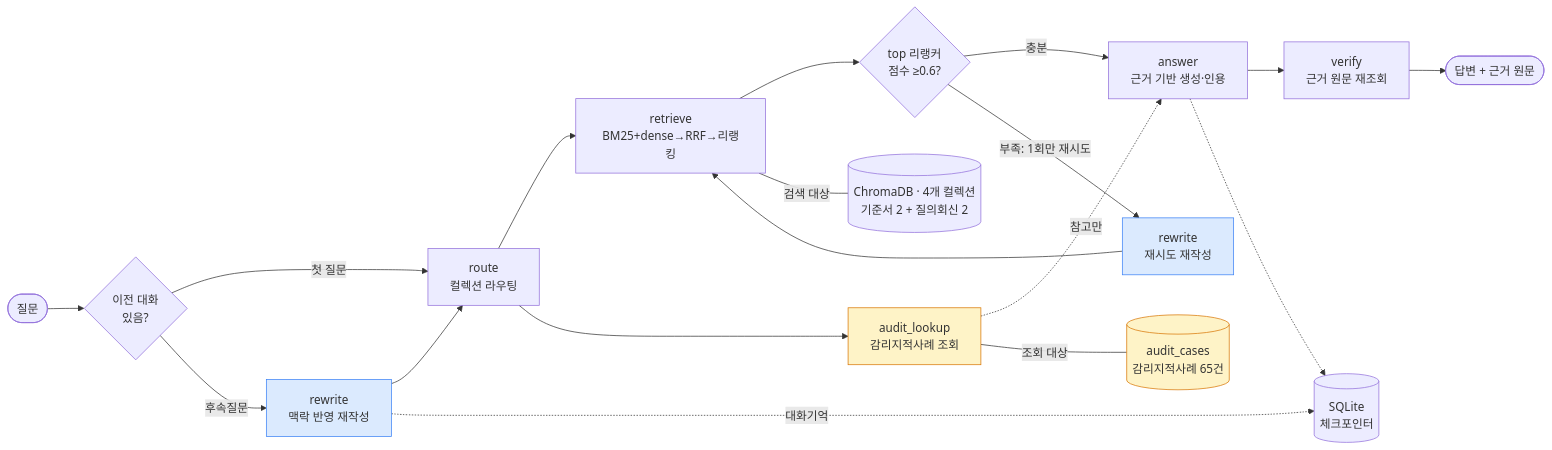
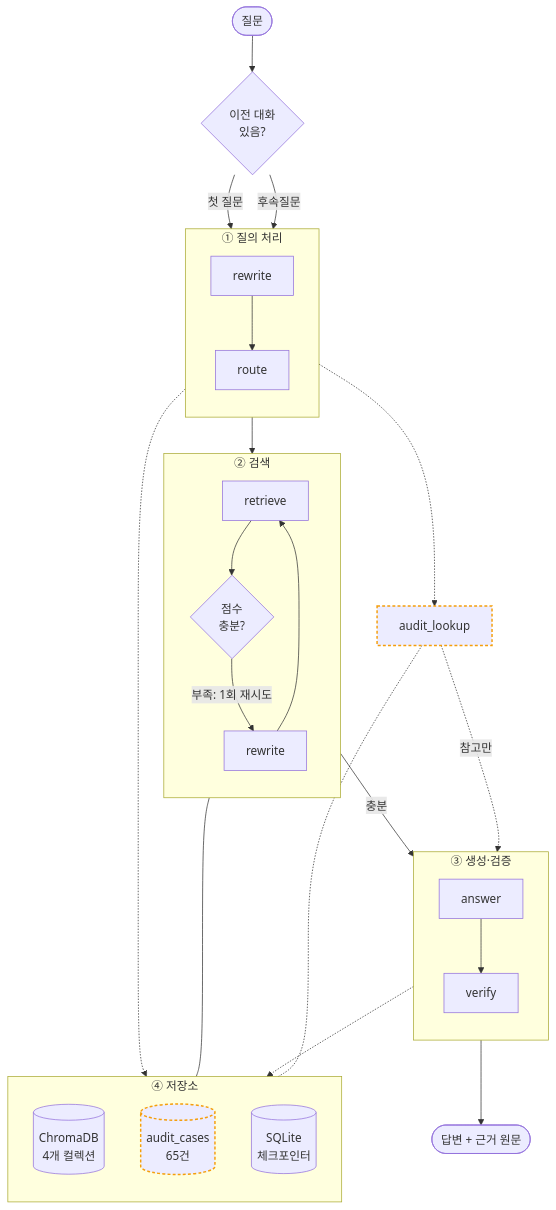
One commit to sonjong980304-tech/accounting-standards-assistant changed the diagram in README.md. Above: the diagram before and after it, drawn with Mermaid. The commit also changed other lines of this file, not shown here.

Commit message:
docs: 아키텍처 다이어그램 GitHub 렌더링 오류 수정 + 재구조화 - 노드 라벨을 전부 큰따옴표로 감싸 <br/> 포함 라벨의 파싱 깨짐 수정   (mermaid-cli 11.16.0으로 실제 파싱 검증) - flowchart LR 단일 그래프(노드10·엣지15)를 TD + subgraph 4단계   (질의 처리/검색/생성·검증/저장소)로 재구성, 라이트·다크 테마 모두   실측 검증 - style fill 하드코딩 제거 → 사이드카(audit_lookup/audit_cases)는   stroke+dasharray만 지정해 GitHub 다크모드 대비 깨짐 방지 - 다이어그램 위 설명문단 3문장→3문장 유지하되 볼드 3곳→1곳으로 축소 - 노드 라벨을 이름만 남기고, 역할·핵심기술 표를 다이어그램 바로   아래에 추가(상세 설명은 기존 bullet로 유지)

````diff
--- a/README.md
+++ b/README.md
@@ -44,26 +44,55 @@
 ```mermaid
-flowchart LR
-    Q([질문]) --> E{이전 대화<br/>있음?}
-    E -->|첫 질문| RT[route<br/>컬렉션 라우팅]
-    E -->|후속질문| RW1[rewrite<br/>맥락 반영 재작성]
+flowchart TD
+    Q(["질문"]) --> E{"이전 대화<br/>있음?"}
+
+    subgraph SG1["① 질의 처리"]
+        direction TB
+        RW1["rewrite"]
+        RT["route"]
+    end
+
+    E -->|"후속질문"| RW1
     RW1 --> RT
-    RT --> RE[retrieve<br/>BM25+dense→RRF→리랭킹]
-    RT --> AL[audit_lookup<br/>감리지적사례 조회]
-    RE --> S{top 리랭커<br/>점수 ≥0.6?}
-    S -->|충분| AN[answer<br/>근거 기반 생성·인용]
-    S -->|부족: 1회만 재시도| RW2[rewrite<br/>재시도 재작성]
+    E -->|"첫 질문"| RT
+
+    subgraph SG2["② 검색"]
+        direction TB
+        RE["retrieve"]
+        S{"점수<br/>충분?"}
+        RW2["rewrite"]
+    end
+
+    RT --> RE
+    RE --> S
+    S -->|"부족: 1회 재시도"| RW2
     RW2 --> RE
-    AL -.참고만.-> AN
-    AN --> VF[verify<br/>근거 원문 재조회]
-    VF --> OUT([답변 + 근거 원문])
 
-    RE ---|검색 대상| DB[(ChromaDB · 4개 컬렉션<br/>기준서 2 + 질의회신 2)]
-    AL ---|조회 대상| AC[(audit_cases<br/>감리지적사례 65건)]
-    RW1 -.대화기억.-> CK[(SQLite<br/>체크포인터)]
+    subgraph SG3["③ 생성·검증"]
+        direction TB
+        AN["answer"]
+        VF["verify"]
+    end
+
+    S -->|"충분"| AN
+    AN --> VF
+    VF --> OUT(["답변 + 근거 원문"])
+
+    AL["audit_lookup"]
+    RT -.-> AL
+    AL -.->|"참고만"| AN
+
+    subgraph SG4["④ 저장소"]
+        direction TB
+        DB[("ChromaDB<br/>4개 컬렉션")]
+        AC[("audit_cases<br/>65건")]
+        CK[("SQLite<br/>체크포인터")]
+    end
+
+    RE --- DB
+    AL -.- AC
+    RW1 -.-> CK
     AN -.-> CK
 
-    style RW1 fill:#dbeafe,stroke:#3b82f6
-    style RW2 fill:#dbeafe,stroke:#3b82f6
-    style AL fill:#fef3c7,stroke:#d97706
-    style AC fill:#fef3c7,stroke:#d97706
+    style AL stroke:#f59e0b,stroke-width:2px,stroke-dasharray: 4 3
+    style AC stroke:#f59e0b,stroke-width:2px,stroke-dasharray: 4 3
 ```
````
